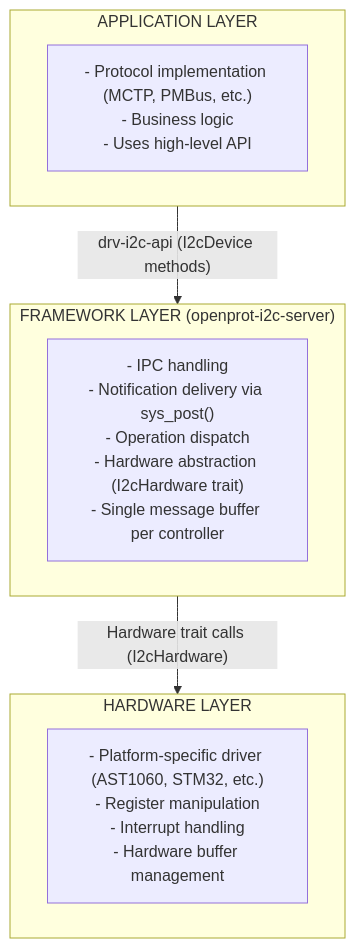
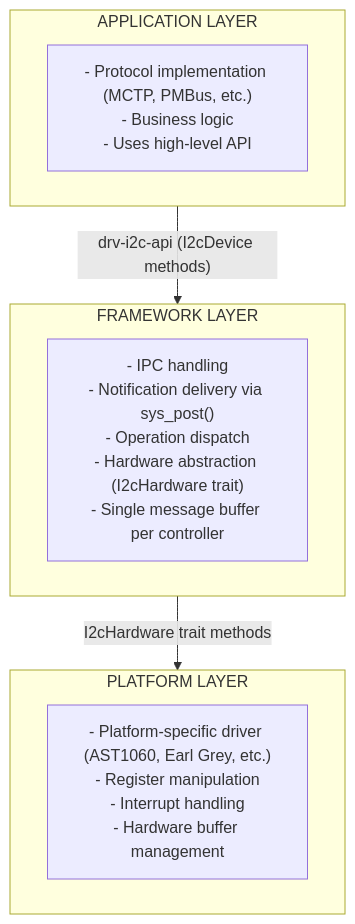
Before and after one commit to OpenPRoT/openprot: the diagram in docs/src/design/i2c/images/architecture_layers.mmd, drawn with Mermaid. The commit also changed 7 other files, not shown here.

```diff
--- a/docs/src/design/i2c/images/architecture_layers.mmd
+++ b/docs/src/design/i2c/images/architecture_layers.mmd
@@ -1,15 +1,15 @@
 flowchart TB
     subgraph APP["APPLICATION LAYER"]
         APP_DESC["- Protocol implementation (MCTP, PMBus, etc.)<br/>- Business logic<br/>- Uses high-level API"]
     end
     
-    subgraph FW["FRAMEWORK LAYER (openprot-i2c-server)"]
+    subgraph FW["FRAMEWORK LAYER"]
         FW_DESC["- IPC handling<br/>- Notification delivery via sys_post()<br/>- Operation dispatch<br/>- Hardware abstraction (I2cHardware trait)<br/>- Single message buffer per controller"]
     end
     
-    subgraph HW["HARDWARE LAYER"]
-        HW_DESC["- Platform-specific driver (AST1060, STM32, etc.)<br/>- Register manipulation<br/>- Interrupt handling<br/>- Hardware buffer management"]
+    subgraph HW["PLATFORM LAYER"]
+        HW_DESC["- Platform-specific driver (AST1060, Earl Grey, etc.)<br/>- Register manipulation<br/>- Interrupt handling<br/>- Hardware buffer management"]
     end
     
     APP -->|"drv-i2c-api (I2cDevice methods)"| FW
-    FW -->|"Hardware trait calls (I2cHardware)"| HW
+    FW -->|"I2cHardware trait methods"| HW
```
